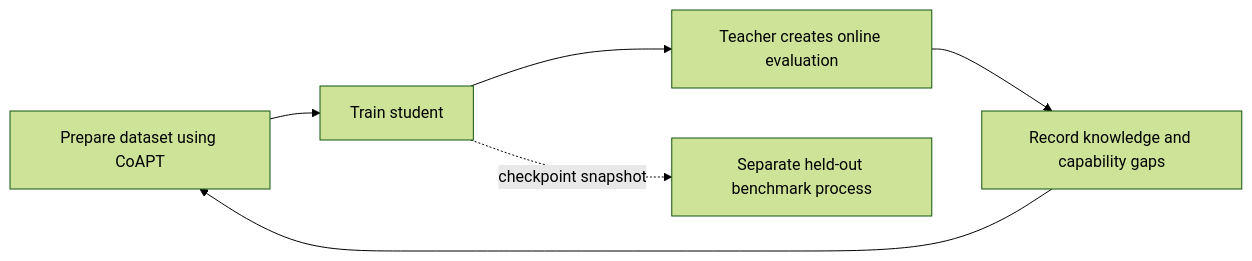
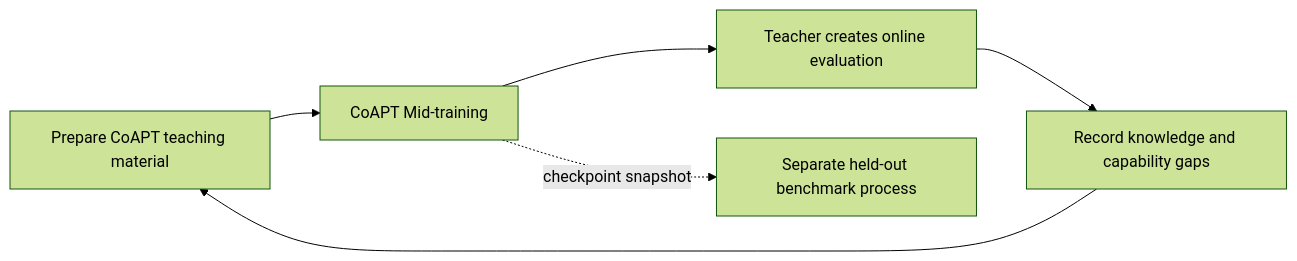
Before and after one commit to OpenNekaise/nekaise-studio: the diagram in IDEA.md, drawn with Mermaid (forest theme). The commit also changed other lines of this file and 95 other files, not shown here.

````diff
--- a/IDEA.md
+++ b/IDEA.md
@@ -14,8 +33,8 @@
 ```mermaid
 flowchart LR
-    P[Prepare dataset using CoAPT] --> T[Train student]
+    P[Prepare CoAPT teaching material] --> T[CoAPT Mid-training]
     T --> E[Teacher creates online evaluation]
     E --> G[Record knowledge and capability gaps]
     G --> P
     T -. checkpoint snapshot .-> B[Separate held-out benchmark process]
 ```
````
